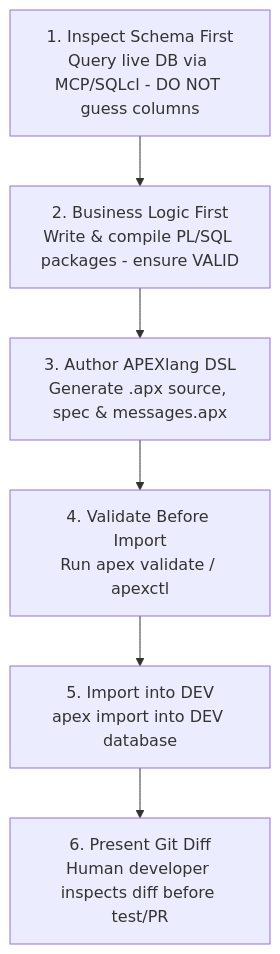
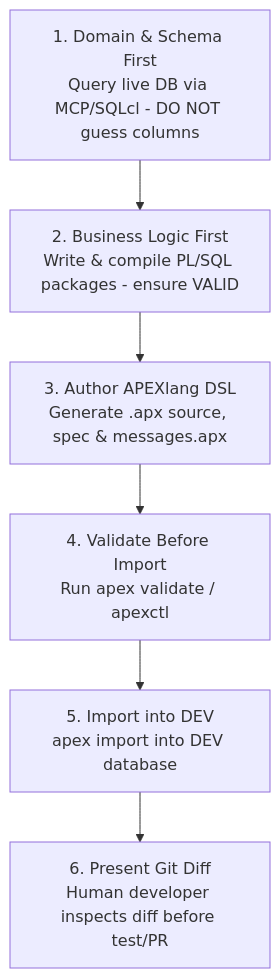
One commit to alahe/oracle-devops-platform changed the diagram in .agents/skills/apexlang_app_generation/SKILL.md. Above: the diagram before and after it, drawn with Mermaid. The commit also changed other lines of this file and 121 other files, not shown here.

````diff
--- a/.agents/skills/apexlang_app_generation/SKILL.md
+++ b/.agents/skills/apexlang_app_generation/SKILL.md
@@ -76,8 +96,8 @@
 ```mermaid
 graph TD
-  S1[1. Inspect Schema First<br/>Query live DB via MCP/SQLcl - DO NOT guess columns] --> S2[2. Business Logic First<br/>Write & compile PL/SQL packages - ensure VALID]
+  S1[1. Domain & Schema First<br/>Query live DB via MCP/SQLcl - DO NOT guess columns] --> S2[2. Business Logic First<br/>Write & compile PL/SQL packages - ensure VALID]
   S2 --> S3[3. Author APEXlang DSL<br/>Generate .apx source, spec & messages.apx]
   S3 --> S4[4. Validate Before Import<br/>Run apex validate / apexctl]
   S4 --> S5[5. Import into DEV<br/>apex import into DEV database]
   S5 --> S6[6. Present Git Diff<br/>Human developer inspects diff before test/PR]
 ```
````
